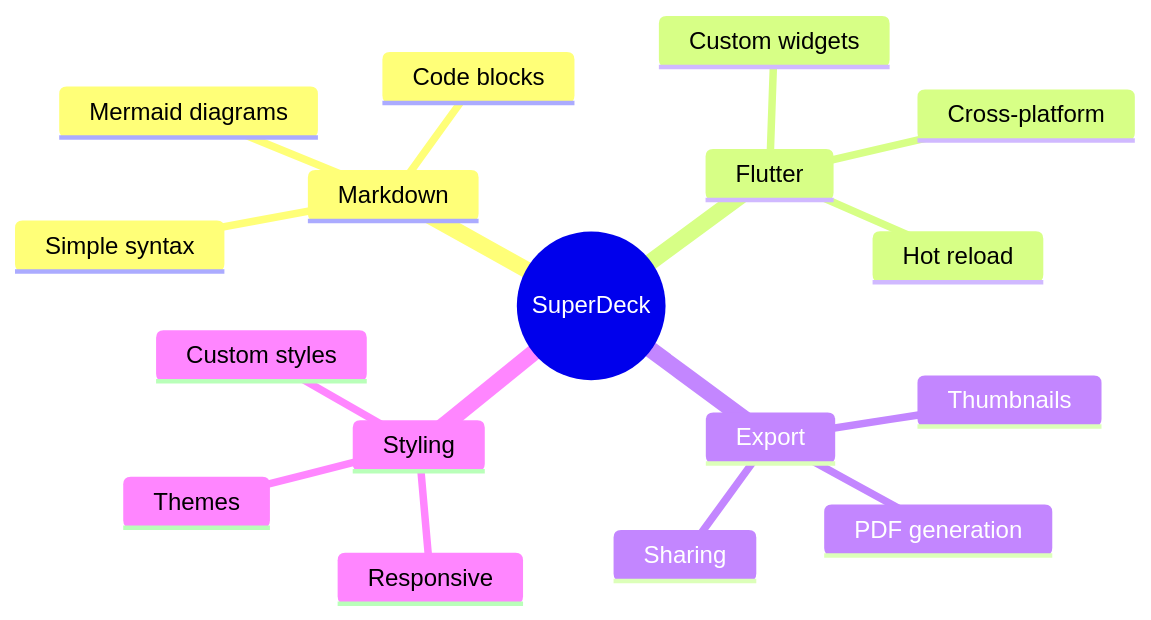
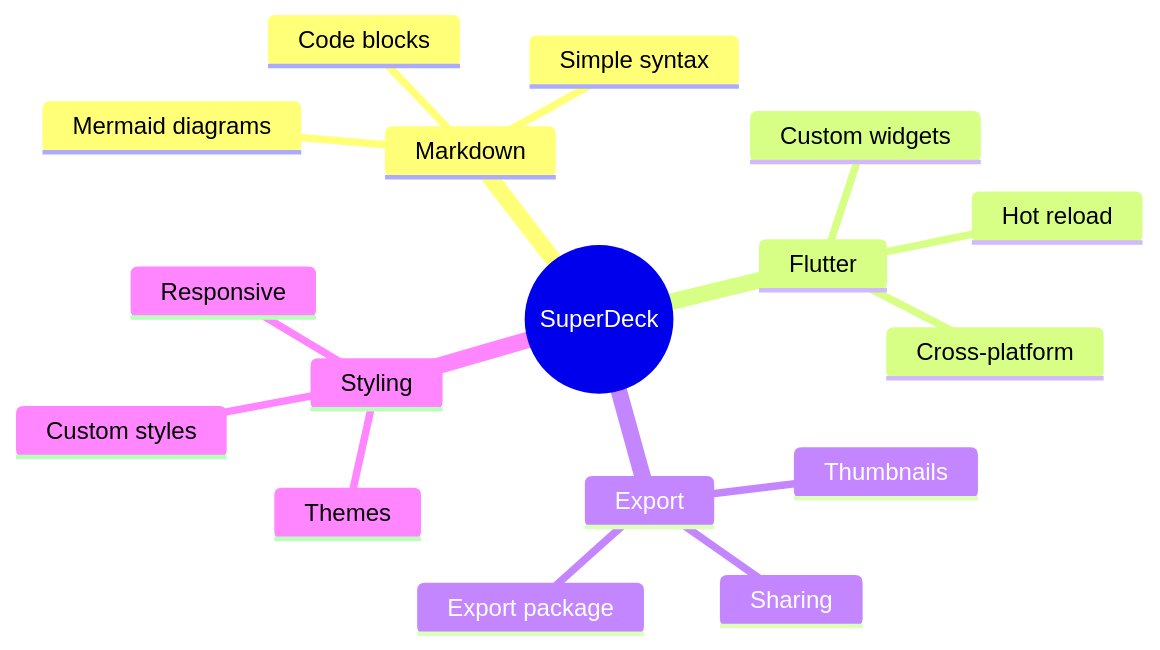
The first of 3 diagrams in demo/slides.md (btwld/superdeck), drawn with Mermaid before and after one commit. The commit also changed other lines of this file and 6 other files, not shown here.

Commit message:
docs: document PDF as separate package

````diff
--- a/demo/slides.md
+++ b/demo/slides.md
@@ -60,20 +60,20 @@
 ```mermaid
 mindmap
   root((SuperDeck))
     Markdown
       Simple syntax
       Code blocks
       Mermaid diagrams
     Flutter
       Custom widgets
       Hot reload
       Cross-platform
     Export
-      PDF generation
+      Export package
       Thumbnails
       Sharing
     Styling
       Themes
       Custom styles
       Responsive
 ```
````
